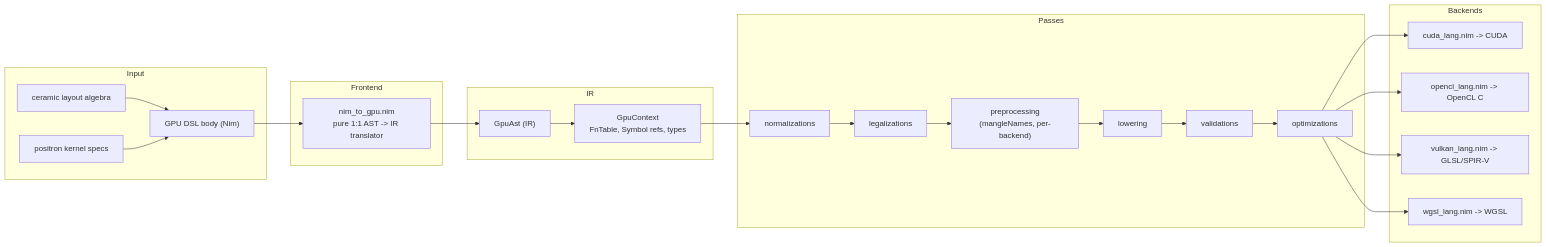
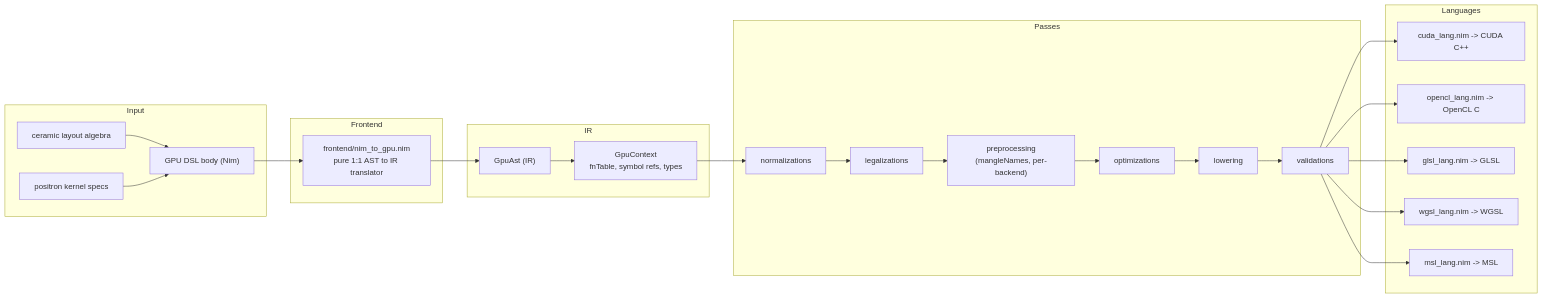
Before and after one commit to mratsim/tattletale: the diagram in workspace/crucible/ARCHITECTURE.md, drawn with Mermaid. The commit also changed other lines of this file and 284 other files, not shown here.

````diff
--- a/workspace/crucible/ARCHITECTURE.md
+++ b/workspace/crucible/ARCHITECTURE.md
@@ -18,41 +52,42 @@
 ```mermaid
 flowchart LR
     subgraph Input
         DSL["GPU DSL body (Nim)"]
         CER["ceramic layout algebra"]
         POS["positron kernel specs"]
     end
 
     subgraph Frontend
-        F["nim_to_gpu.nim<br/>pure 1:1 AST -> IR translator"]
+        F["frontend/nim_to_gpu.nim<br/>pure 1:1 AST to IR translator"]
     end
 
     subgraph IR
         AST["GpuAst (IR)"]
-        CTX["GpuContext<br/>FnTable, Symbol refs, types"]
+        CTX["GpuContext<br/>fnTable, symbol refs, types"]
     end
 
     subgraph Passes
         N["normalizations"]
-        L["legalizations"]
-        P["preprocessing<br/>(mangleNames, per-backend)"]
+        LEG["legalizations"]
+        PRE["preprocessing<br/>(mangleNames, per-backend)"]
+        OPT["optimizations"]
         LOW["lowering"]
         V["validations"]
-        O["optimizations"]
     end
 
-    subgraph Backends
-        B1["cuda_lang.nim -> CUDA"]
+    subgraph Languages
+        B1["cuda_lang.nim -> CUDA C++"]
         B2["opencl_lang.nim -> OpenCL C"]
-        B3["vulkan_lang.nim -> GLSL/SPIR-V"]
+        B3["glsl_lang.nim -> GLSL"]
         B4["wgsl_lang.nim -> WGSL"]
+        B5["msl_lang.nim -> MSL"]
     end
 
     DSL --> F
     CER --> DSL
     POS --> DSL
     F --> AST
     AST --> CTX
-    CTX --> N --> L --> P --> LOW --> V --> O
-    O --> B1 & B2 & B3 & B4
+    CTX --> N --> LEG --> PRE --> OPT --> LOW --> V
+    V --> B1 & B2 & B3 & B4 & B5
 ```
````
